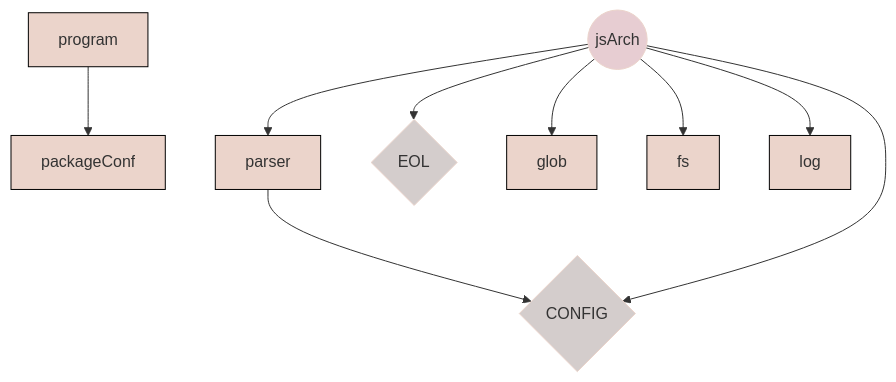
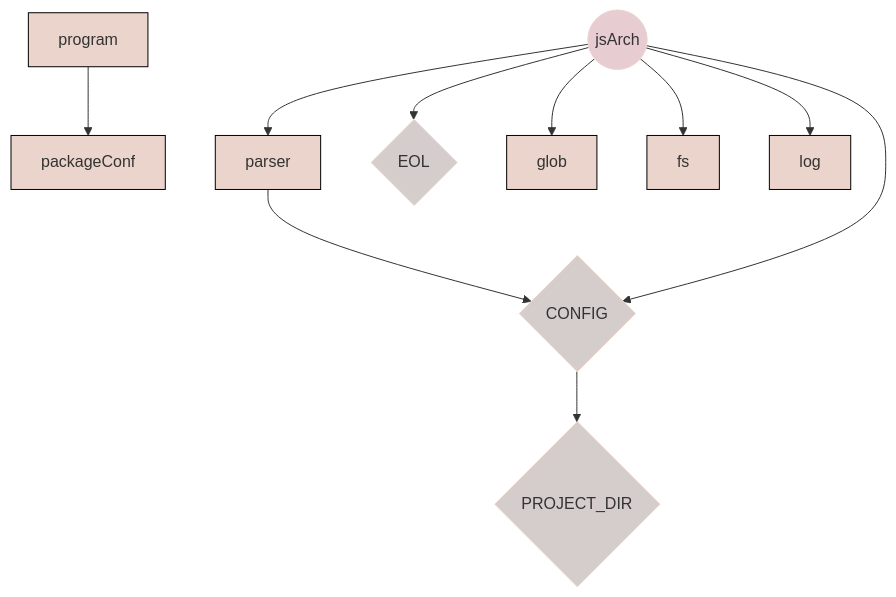
One commit to nfroidure/jsarch changed the diagram in DEPENDENCIES.mmd. Above: the diagram before and after it, drawn with Mermaid. The commit also changed 4 other files, not shown here.

```diff
--- a/DEPENDENCIES.mmd
+++ b/DEPENDENCIES.mmd
@@ -1,21 +1,23 @@
 graph TD
   program-->packageConf
   parser-->CONFIG{CONFIG}
+  CONFIG{CONFIG}-->PROJECT_DIR{PROJECT_DIR}
   jsArch((jsArch))-->CONFIG{CONFIG}
   jsArch((jsArch))-->EOL{EOL}
   jsArch((jsArch))-->glob
   jsArch((jsArch))-->fs
   jsArch((jsArch))-->parser
   jsArch((jsArch))-->log
   classDef jsarch fill:#e7cdd2,stroke:#ebd4cb,stroke-width:1px;
   classDef config fill:#d4cdcc,stroke:#ebd4cb,stroke-width:1px;
   classDef others fill:#ebd4cb,stroke:#000,stroke-width:1px;
   class program others;
   class packageConf others;
   class CONFIG config;
   class parser others;
+  class PROJECT_DIR config;
   class jsArch jsarch;
   class EOL config;
   class glob others;
   class fs others;
   class log others;
```
